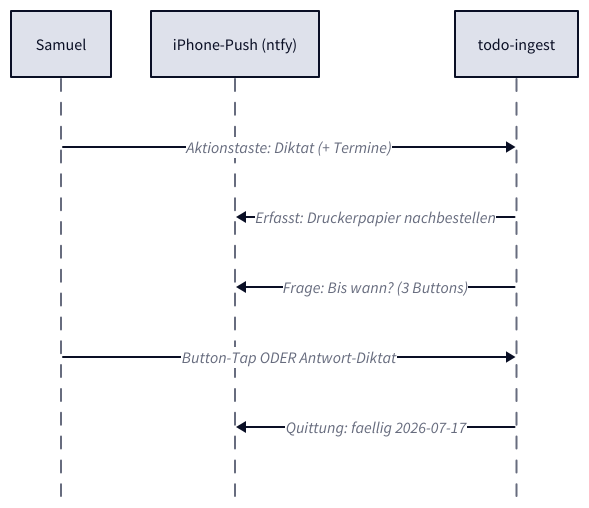
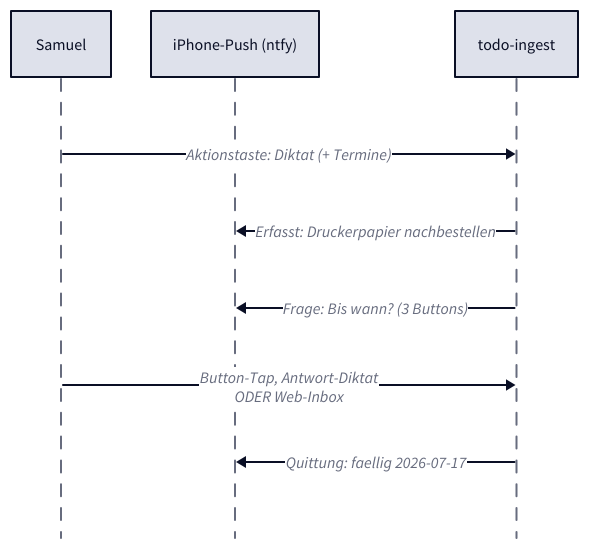
Before and after one commit to derever-labs/homelab-wiki: the second of 2 diagrams in docs/todo-ingest/index.md, drawn with D2. The commit also changed other lines of this file and 1 other file, not shown here.

Commit message:
docs(todo-ingest): Web-Inbox in Architektur, Bedienung und Coverage

````diff
--- a/docs/todo-ingest/index.md
+++ b/docs/todo-ingest/index.md
@@ -83,20 +90,20 @@
 ```d2
 vars: {
   d2-config: {
     theme-id: 1
     layout-engine: elk
   }
 }
 
 shape: sequence_diagram
 
 S: "Samuel"
 P: "iPhone-Push (ntfy)"
 T: "todo-ingest"
 
 S -> T: "Aktionstaste: Diktat (+ Termine)"
 T -> P: "Erfasst: Druckerpapier nachbestellen"
 T -> P: "Frage: Bis wann? (3 Buttons)"
-S -> T: "Button-Tap ODER Antwort-Diktat"
+S -> T: "Button-Tap, Antwort-Diktat\nODER Web-Inbox"
 T -> P: "Quittung: faellig 2026-07-17"
 ```
````
